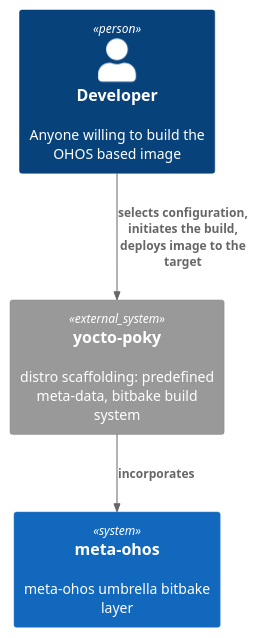
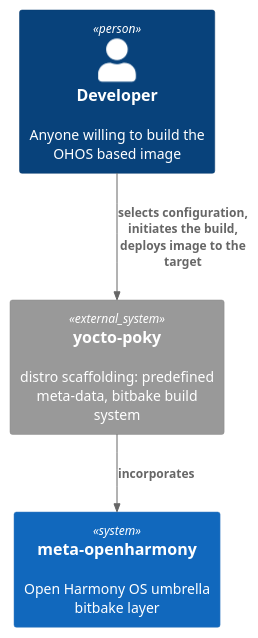
One commit to alema-r/Alessandro-Marcolini-Oniro changed the diagram in diagrams/meta-ohos_system_context.puml. Above: the diagram before and after it, drawn with PlantUML. The commit also changed 1 other file, not shown here.

Commit message:
Renaming meta-ohos to meta-openharmony
Change due to potential naming clash within the umbrella meta-layer

```diff
--- a/diagrams/meta-ohos_system_context.puml
+++ b/diagrams/meta-ohos_system_context.puml
@@ -1,11 +1,11 @@
 @startuml meta-ohos_system_context_diagram
 !includeurl https://raw.githubusercontent.com/RicardoNiepel/C4-PlantUML/release/1-0/C4_Context.puml
 
 Person(dev, "Developer", "Anyone willing to build the OHOS based image")
-System(meta_ohos, "meta-ohos", "meta-ohos umbrella bitbake layer")
+System(meta_openharmony, "meta-openharmony", "Open Harmony OS umbrella bitbake layer")
 System_Ext(yocto, "yocto-poky", "distro scaffolding: predefined meta-data, bitbake build system")
 
 Rel(dev, yocto, "selects configuration, initiates the build, deploys image to the target")
-Rel(yocto, meta_ohos, "incorporates")
+Rel(yocto, meta_openharmony, "incorporates")
 
 @enduml
```
